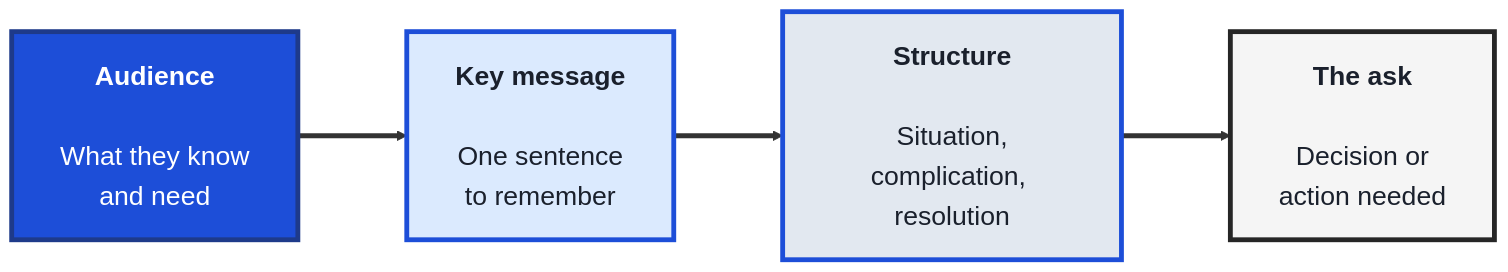
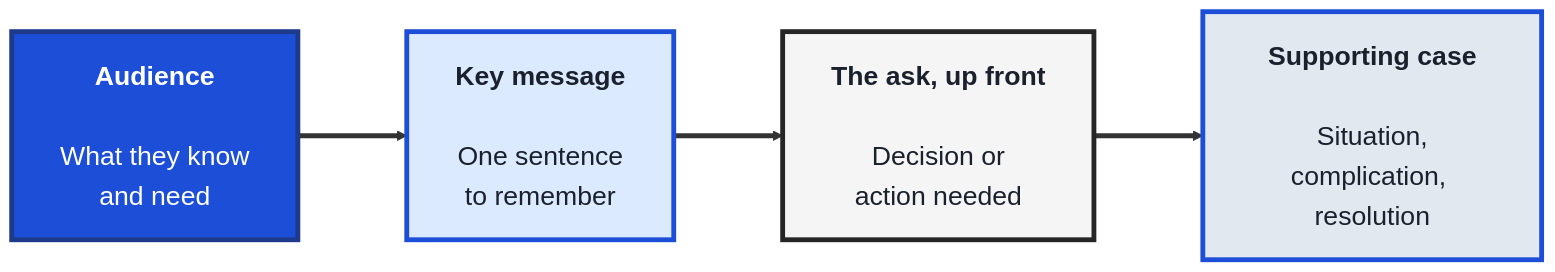
One commit to SHEMODELTECH/shemodeltech changed the third of 3 diagrams in src/Pages/courses/TechLeads/module-6-communication-and-delivery.md. Above: the diagram before and after it, drawn with Mermaid. The commit also changed other lines of this file and 53 other files, not shown here.

````diff
--- a/src/Pages/courses/TechLeads/module-6-communication-and-delivery.md
+++ b/src/Pages/courses/TechLeads/module-6-communication-and-delivery.md
@@ -176,16 +179,16 @@
 ```mermaid
 %%{init: {'theme':'base', 'themeVariables': {'fontSize':'22px', 'primaryTextColor':'#1a202c', 'primaryBorderColor':'#1d4ed8', 'lineColor':'#333333'}, 'flowchart': {'nodeSpacing': 70, 'rankSpacing': 90, 'padding': 20}}}%%
 flowchart LR
     AUD["<b>Audience</b><br/><br/>What they know<br/>and need"]
     MSG["<b>Key message</b><br/><br/>One sentence<br/>to remember"]
-    STRUCT["<b>Structure</b><br/><br/>Situation,<br/>complication, resolution"]
-    ASK["<b>The ask</b><br/><br/>Decision or<br/>action needed"]
+    ASK["<b>The ask, up front</b><br/><br/>Decision or<br/>action needed"]
+    STRUCT["<b>Supporting case</b><br/><br/>Situation,<br/>complication, resolution"]
 
-    AUD ==> MSG ==> STRUCT ==> ASK
+    AUD ==> MSG ==> ASK ==> STRUCT
 
     style AUD fill:#1d4ed8,color:#fff,stroke:#1e3a8a,stroke-width:4px
     style MSG fill:#dbeafe,color:#1a202c,stroke:#1d4ed8,stroke-width:4px
     style STRUCT fill:#e2e8f0,color:#1a202c,stroke:#1d4ed8,stroke-width:4px
     style ASK fill:#F5F5F5,color:#1a202c,stroke:#262626,stroke-width:4px
     linkStyle default stroke-width:4px,stroke:#333333
 ```
````
